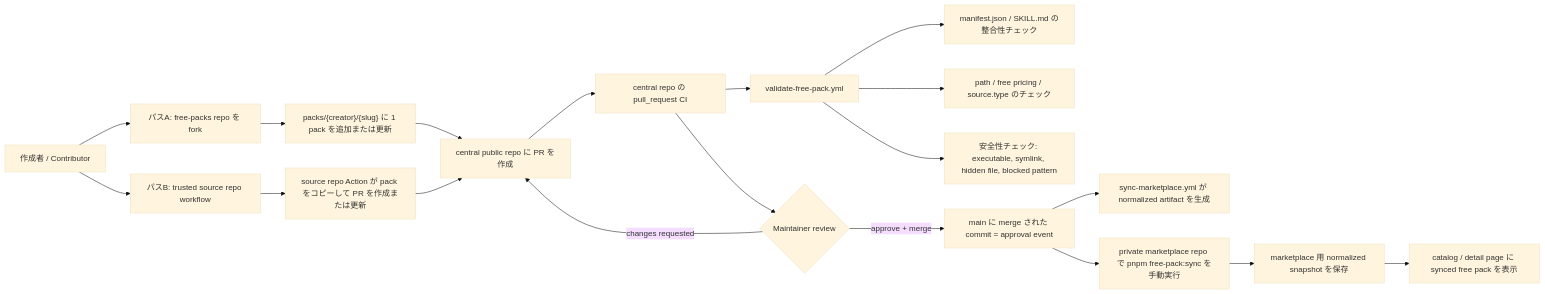
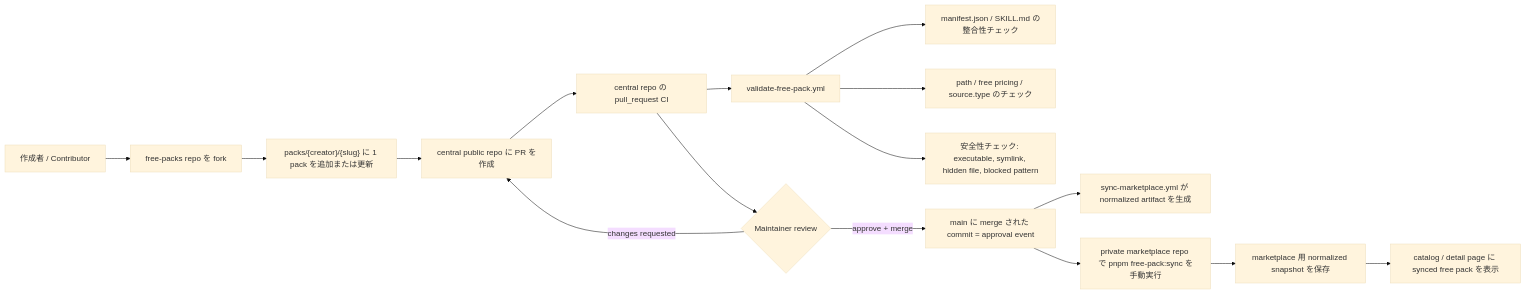
Before and after one commit to tigerokuma/context-bank-free-packs: the diagram in README.ja.md, drawn with Mermaid (base theme). The commit also changed other lines of this file and 2 other files, not shown here.

Commit message:
feat: Consolidate and expand English documentation into README.md, removing the separate English file.

````diff
--- a/README.ja.md
+++ b/README.ja.md
@@ -26,26 +25,21 @@
 ```mermaid
 flowchart LR
-    A["作成者 / Contributor"] --> B["パスA: free-packs repo を fork"]
-    A --> C["パスB: trusted source repo workflow"]
+    A["作成者 / Contributor"] --> B["free-packs repo を fork"]
+    B --> C["packs/{creator}/{slug} に 1 pack を追加または更新"]
+    C --> D["central public repo に PR を作成"]
 
-    B --> D["packs/{creator}/{slug} に 1 pack を追加または更新"]
-    D --> E["central public repo に PR を作成"]
+    D --> E["central repo の pull_request CI"]
+    E --> E1["validate-free-pack.yml"]
+    E1 --> E2["manifest.json / SKILL.md の整合性チェック"]
+    E1 --> E3["path / free pricing / source.type のチェック"]
+    E1 --> E4["安全性チェック: executable, symlink, hidden file, blocked pattern"]
 
-    C --> F["source repo Action が pack をコピーして PR を作成または更新"]
-    F --> E
+    E --> F{"Maintainer review"}
+    F -->|"approve + merge"| G["main に merge された commit = approval event"]
+    F -->|"changes requested"| D
 
-    E --> G["central repo の pull_request CI"]
-    G --> G1["validate-free-pack.yml"]
-    G1 --> G2["manifest.json / SKILL.md の整合性チェック"]
-    G1 --> G3["path / free pricing / source.type のチェック"]
-    G1 --> G4["安全性チェック: executable, symlink, hidden file, blocked pattern"]
-
-    G --> H{"Maintainer review"}
-    H -->|"approve + merge"| I["main に merge された commit = approval event"]
-    H -->|"changes requested"| E
-
-    I --> J["sync-marketplace.yml が normalized artifact を生成"]
-    I --> K["private marketplace repo で pnpm free-pack:sync を手動実行"]
-    K --> L["marketplace 用 normalized snapshot を保存"]
-    L --> M["catalog / detail page に synced free pack を表示"]
+    G --> H["sync-marketplace.yml が normalized artifact を生成"]
+    G --> I["private marketplace repo で pnpm free-pack:sync を手動実行"]
+    I --> J["marketplace 用 normalized snapshot を保存"]
+    J --> K["catalog / detail page に synced free pack を表示"]
 ```
````
